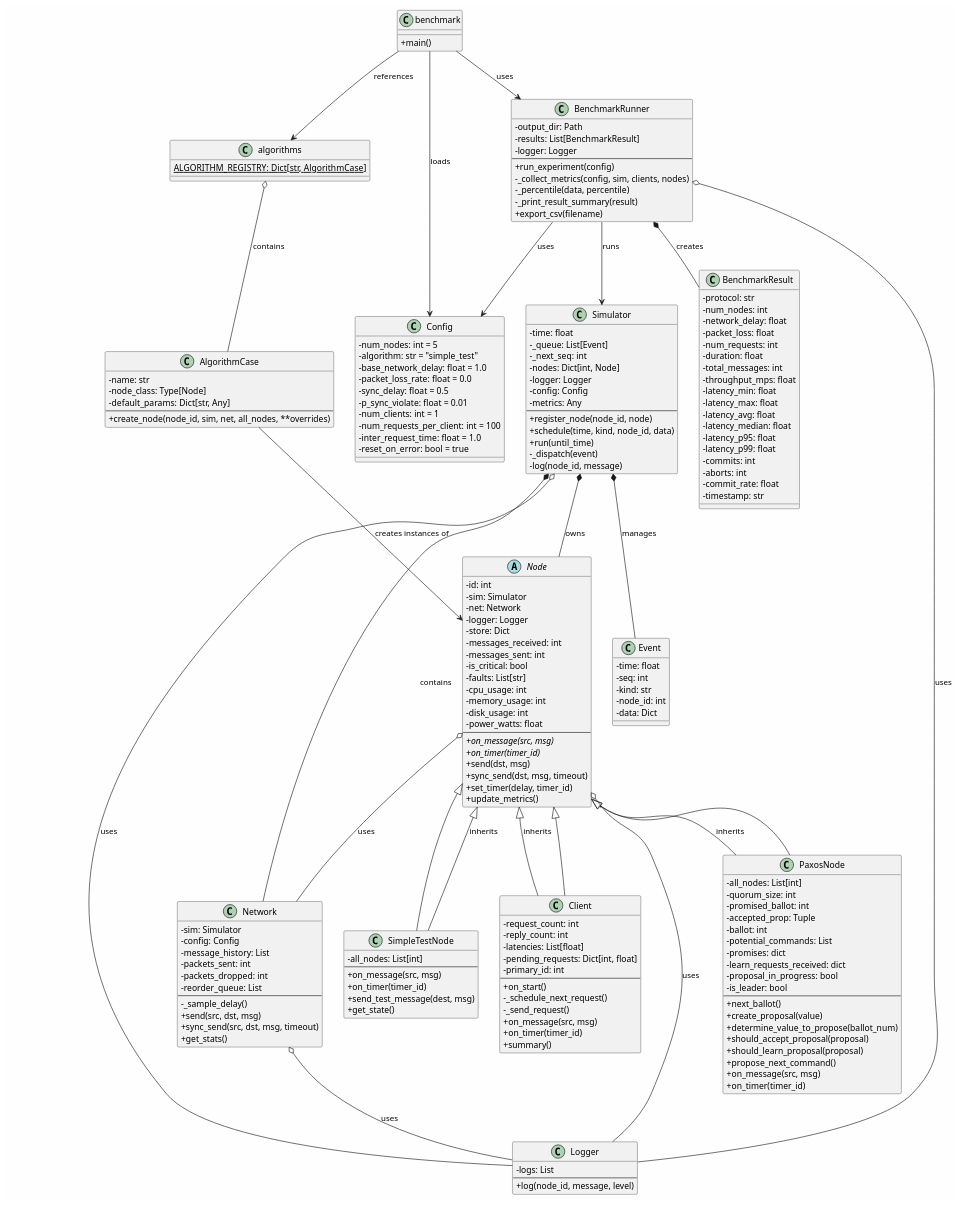
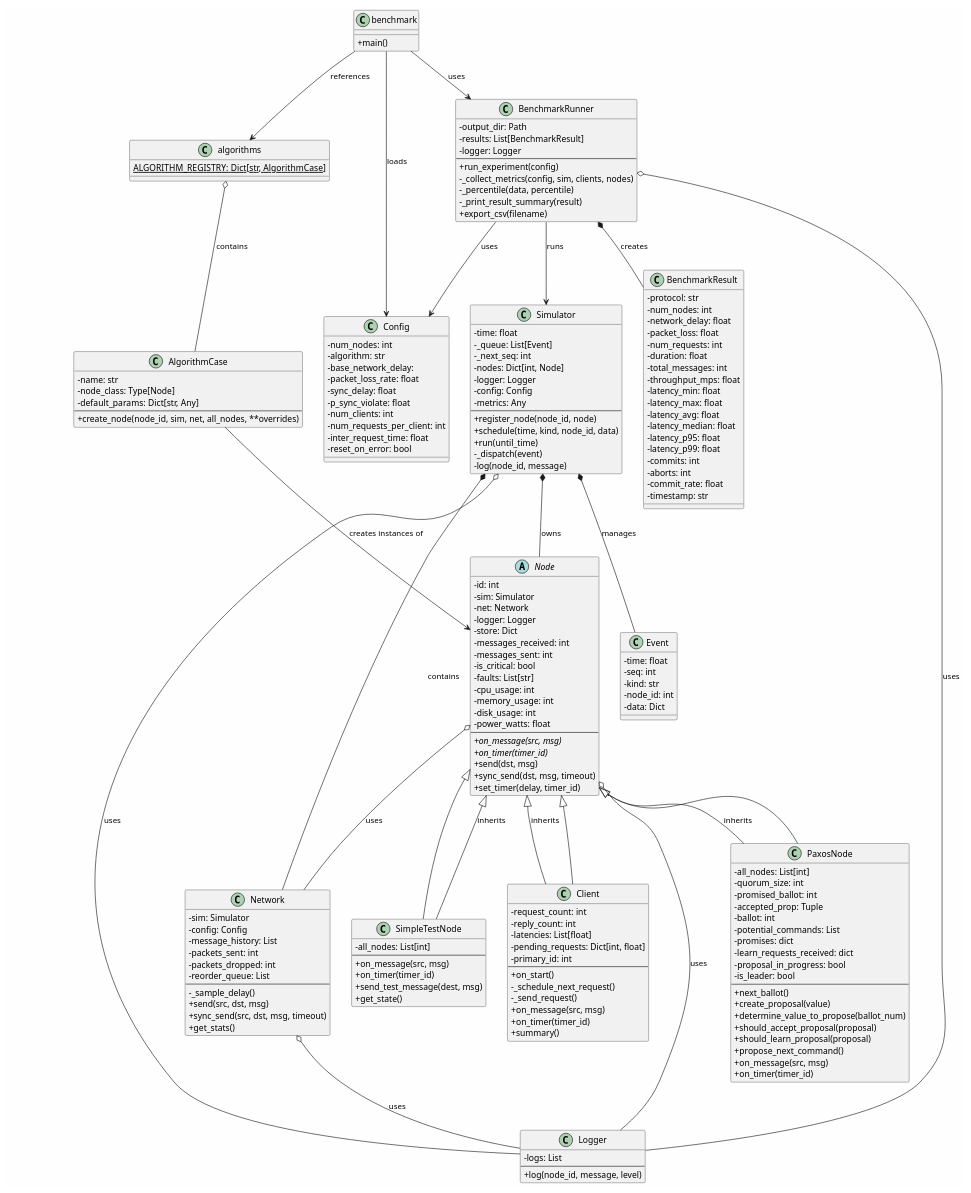
One commit to USI-DS-25/DC-Simulator changed the diagram in UML/architecture.puml. Above: the diagram before and after it, drawn with PlantUML. The commit also changed 9 other files, not shown here.

```diff
--- a/UML/architecture.puml
+++ b/UML/architecture.puml
@@ -75,7 +75,6 @@
   + send(dst, msg)
   + sync_send(dst, msg, timeout)
   + set_timer(delay, timer_id)
-  + update_metrics()
 }
 
 class SimpleTestNode {
@@ -131,16 +130,16 @@
 ' ============ CONFIGURATION ============
 
 class Config {
-  - num_nodes: int = 5
-  - algorithm: str = "simple_test"
-  - base_network_delay: float = 1.0
-  - packet_loss_rate: float = 0.0
-  - sync_delay: float = 0.5
-  - p_sync_violate: float = 0.01
-  - num_clients: int = 1
-  - num_requests_per_client: int = 100
-  - inter_request_time: float = 1.0
-  - reset_on_error: bool = true
+  - num_nodes: int 
+  - algorithm: str 
+  - base_network_delay: 
+  - packet_loss_rate: float 
+  - sync_delay: float 
+  - p_sync_violate: float 
+  - num_clients: int 
+  - num_requests_per_client: int 
+  - inter_request_time: float 
+  - reset_on_error: bool 
 }
 
 ' ============ ALGORITHM MANAGEMENT ============
```
